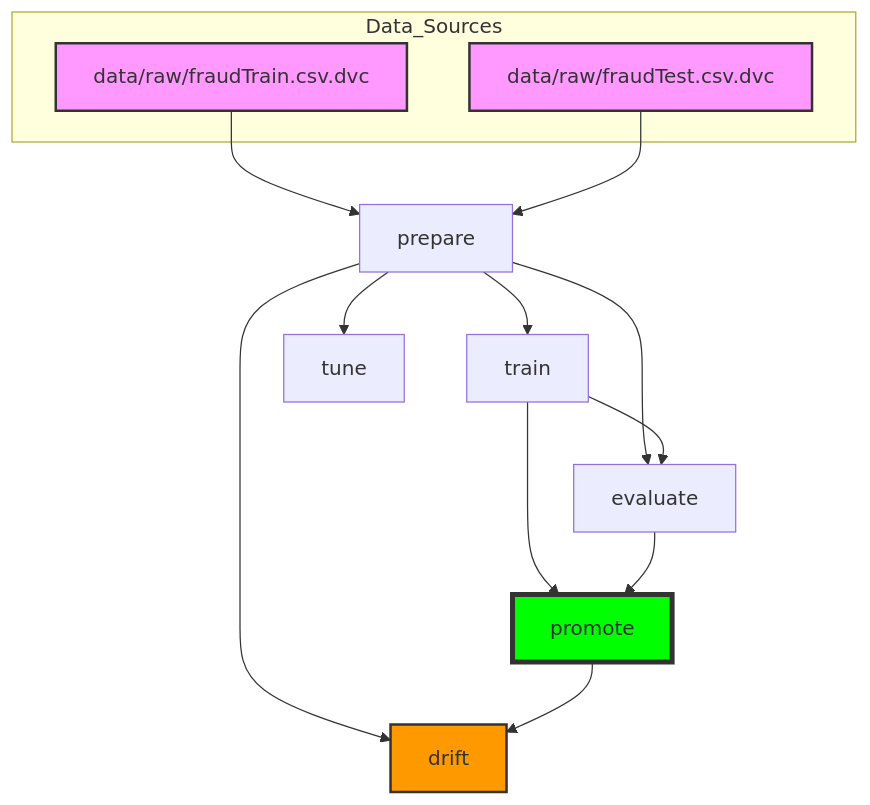
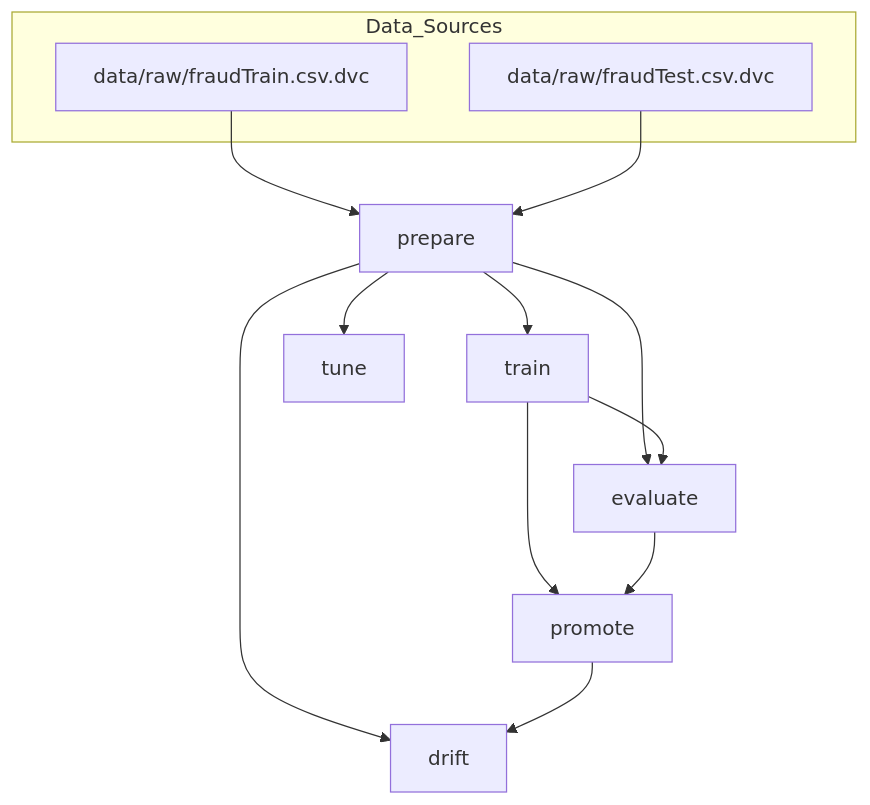
Before and after one commit to michbinh/test_md: the diagram in README.md, drawn with Mermaid.

````diff
--- a/README.md
+++ b/README.md
@@ -64,29 +64,25 @@
 ```mermaid
 graph TD
     %% Định nghĩa các node dữ liệu (DVC)
     subgraph Data_Sources
         D1[data/raw/fraudTrain.csv.dvc]
         D2[data/raw/fraudTest.csv.dvc]
     end
 
     %% Các bước xử lý
     D1 --> prepare
     D2 --> prepare
 
     prepare --> train
     prepare --> evaluate
     prepare --> drift
     prepare --> tune
 
     train --> evaluate
     train --> promote
 
     evaluate --> promote
     promote --> drift
 
-    %% Định dạng màu sắc
-    style D1 fill:#f9f,stroke:#333,stroke-width:2px
-    style D2 fill:#f9f,stroke:#333,stroke-width:2px
-    style promote fill:#00ff00,stroke:#333,stroke-width:4px
-    style drift fill:#ff9900,stroke:#333,stroke-width:2px
+
 ```
````
